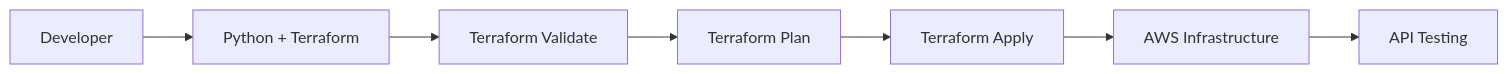
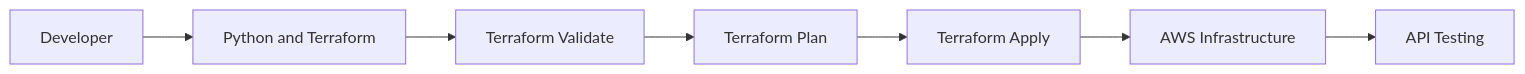
One commit to aliaagamall/cloud-projects changed the tenth of 12 diagrams in 02-image-analyzer/docs/architecture.md. Above: the diagram before and after it, drawn with Mermaid. The commit also changed other lines of this file, not shown here.

Commit message:
fix(architecture): correct GitHub Mermaid diagrams

````diff
--- a/02-image-analyzer/docs/architecture.md
+++ b/02-image-analyzer/docs/architecture.md
@@ -365,17 +377,17 @@
 ```mermaid
 flowchart LR
-    DEV[Developer]
-    CODE[Python + Terraform]
-    VALIDATE[Terraform Validate]
-    PLAN[Terraform Plan]
-    APPLY[Terraform Apply]
-    AWS[AWS Infrastructure]
-    TEST[API Testing]
+    DEV["Developer"]
+    CODE["Python and Terraform"]
+    VALIDATE["Terraform Validate"]
+    PLAN["Terraform Plan"]
+    APPLY["Terraform Apply"]
+    AWS["AWS Infrastructure"]
+    TEST["API Testing"]
 
     DEV --> CODE
     CODE --> VALIDATE
     VALIDATE --> PLAN
     PLAN --> APPLY
     APPLY --> AWS
     AWS --> TEST
 ```
````
